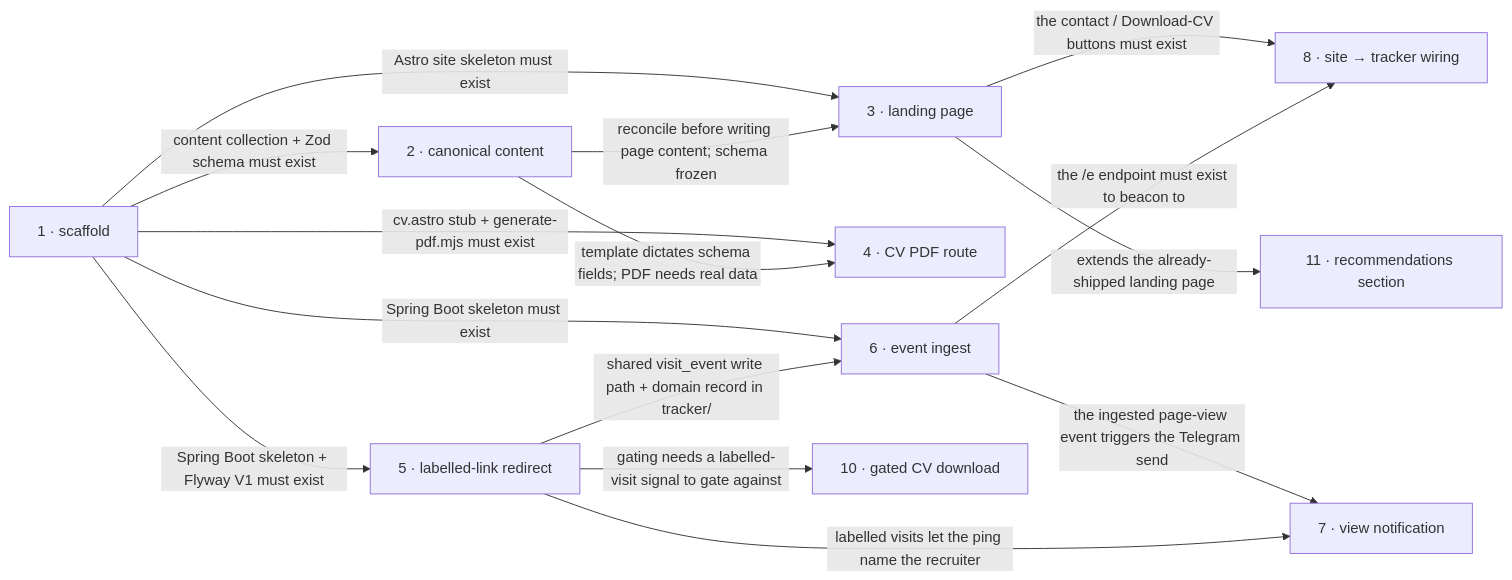
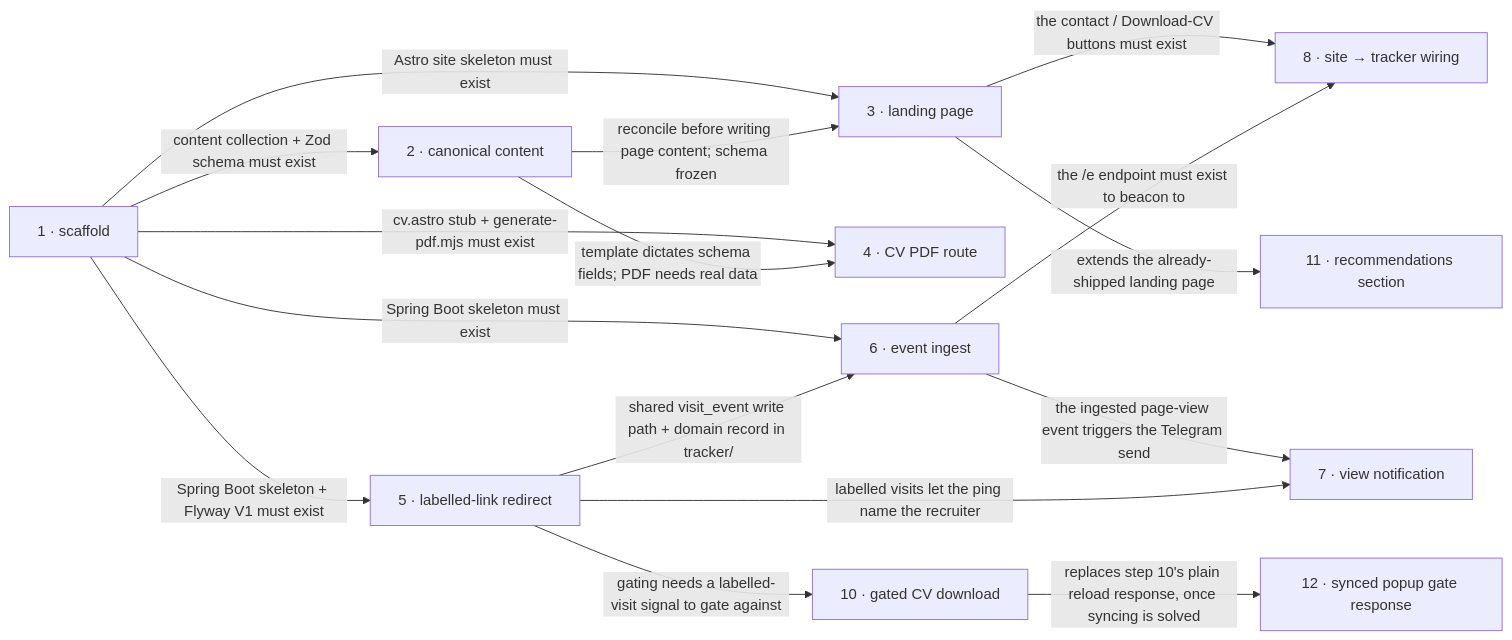
Before and after one commit to financeasist/personal-page: the diagram in docs/roadmap.md, drawn with Mermaid. The commit also changed other lines of this file and 1 other file, not shown here.

````diff
--- a/docs/roadmap.md
+++ b/docs/roadmap.md
@@ -86,28 +90,30 @@
 ```mermaid
 flowchart LR
   s1["1 · scaffold"]
   s2["2 · canonical content"]
   s3["3 · landing page"]
   s4["4 · CV PDF route"]
   s5["5 · labelled-link redirect"]
   s6["6 · event ingest"]
   s7["7 · view notification"]
   s8["8 · site → tracker wiring"]
   s10["10 · gated CV download"]
   s11["11 · recommendations section"]
+  s12["12 · synced popup gate response"]
 
   s1 -->|"content collection + Zod schema must exist"| s2
   s1 -->|"Astro site skeleton must exist"| s3
   s1 -->|"cv.astro stub + generate-pdf.mjs must exist"| s4
   s1 -->|"Spring Boot skeleton + Flyway V1 must exist"| s5
   s1 -->|"Spring Boot skeleton must exist"| s6
   s2 -->|"reconcile before writing page content; schema frozen"| s3
   s2 -->|"template dictates schema fields; PDF needs real data"| s4
   s5 -->|"shared visit_event write path + domain record in tracker/"| s6
   s6 -->|"the ingested page-view event triggers the Telegram send"| s7
   s5 -->|"labelled visits let the ping name the recruiter"| s7
   s3 -->|"the contact / Download-CV buttons must exist"| s8
   s6 -->|"the /e endpoint must exist to beacon to"| s8
   s5 -->|"gating needs a labelled-visit signal to gate against"| s10
   s3 -->|"extends the already-shipped landing page"| s11
+  s10 -->|"replaces step 10's plain reload response, once syncing is solved"| s12
 ```
````
